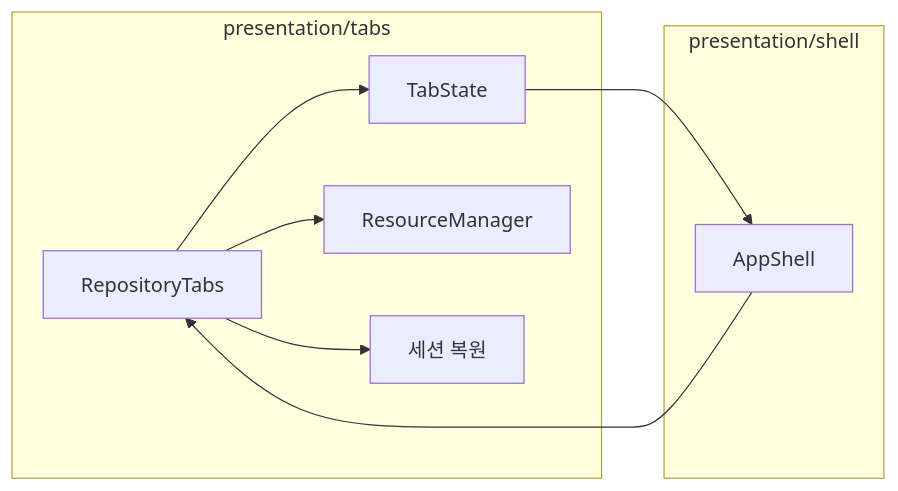
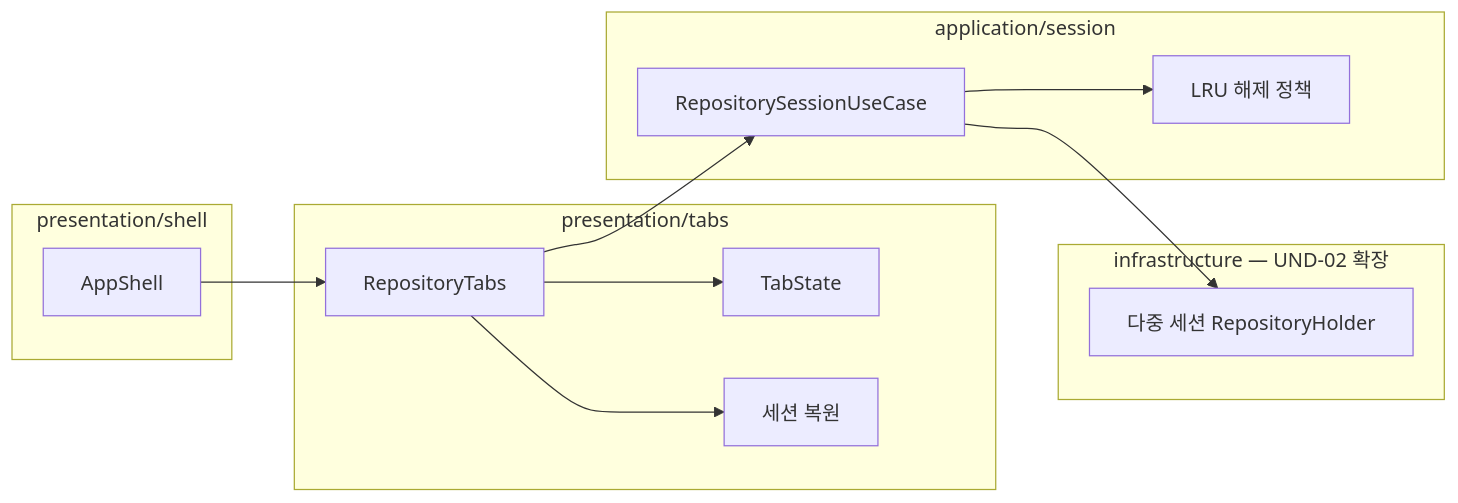
One commit to biuea3866/gitkraken-clone-app changed the second of 2 diagrams in tickets/UND-44-multi-repo-tabs.md. Above: the diagram before and after it, drawn with Mermaid. The commit also changed other lines of this file and 26 other files, not shown here.

````diff
--- a/tickets/UND-44-multi-repo-tabs.md
+++ b/tickets/UND-44-multi-repo-tabs.md
@@ -51,17 +57,24 @@
 ```mermaid
 flowchart LR
     subgraph tabs["presentation/tabs"]
         TabBar[RepositoryTabs]
         TabState[TabState]
-        Res[ResourceManager]
         Restore[세션 복원]
     end
     subgraph shell["presentation/shell"]
         AppShell[AppShell]
     end
+    subgraph app["application/session"]
+        SessionUC[RepositorySessionUseCase]
+        Lru[LRU 해제 정책]
+    end
+    subgraph infra["infrastructure — UND-02 확장"]
+        Holder[다중 세션 RepositoryHolder]
+    end
     TabBar --> TabState
-    TabBar --> Res
     TabBar --> Restore
+    TabBar --> SessionUC
+    SessionUC --> Lru
+    SessionUC --> Holder
     AppShell --> TabBar
-    TabState --> AppShell
 ```
````
